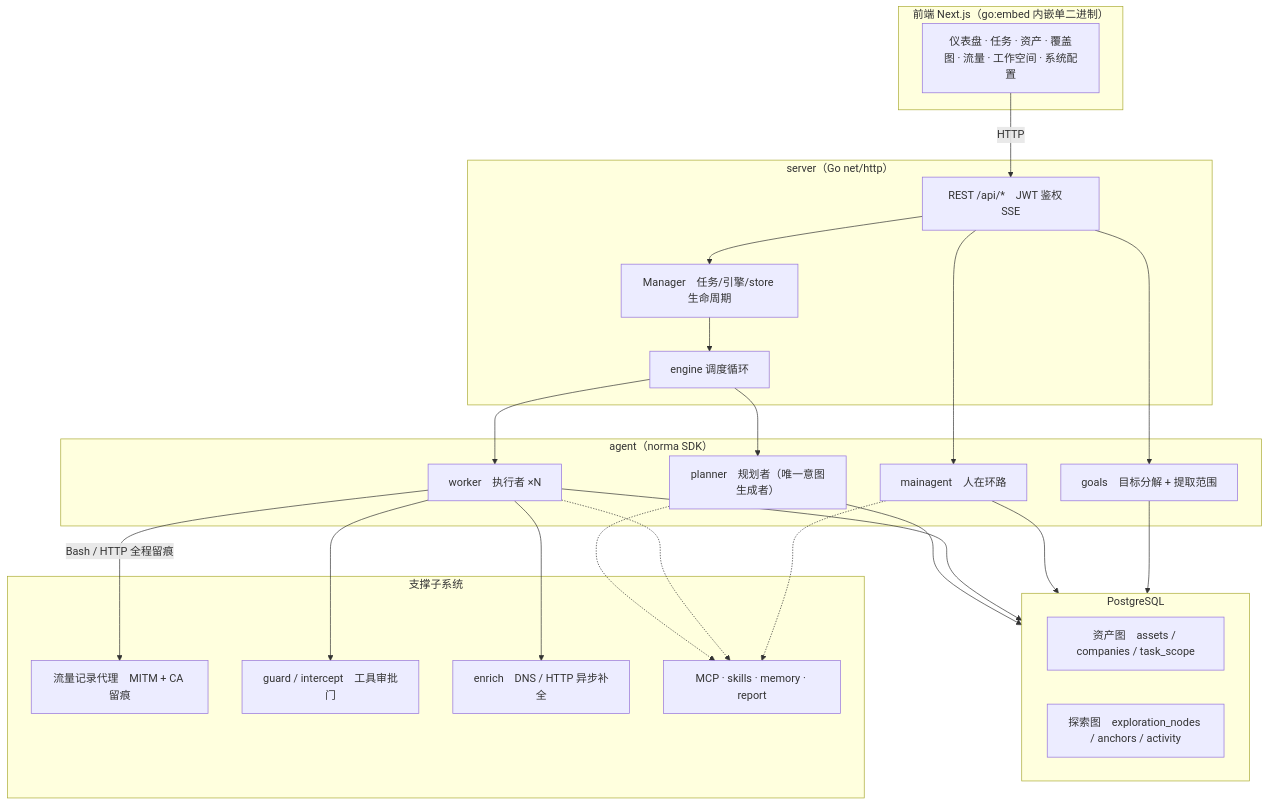
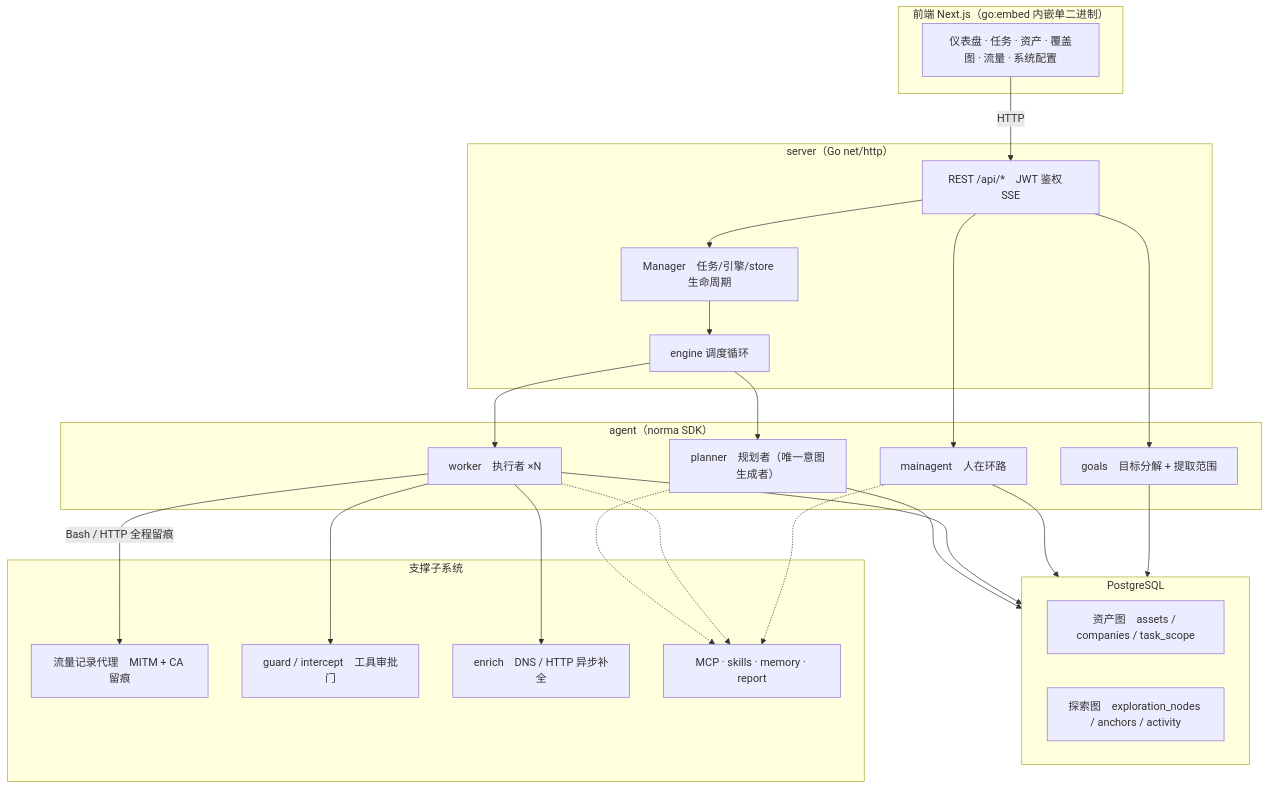
The first of 5 diagrams in README.md (neouks/series), drawn with Mermaid before and after one commit. The commit also changed other lines of this file and 343 other files, not shown here.

````diff
--- a/README.md
+++ b/README.md
@@ -288,44 +280,44 @@
 ```mermaid
 flowchart TB
   subgraph FE["前端 Next.js（go:embed 内嵌单二进制）"]
-    UI["仪表盘 · 任务 · 资产 · 覆盖图 · 流量 · 工作空间 · 系统配置"]
+    UI["仪表盘 · 任务 · 资产 · 覆盖图 · 流量 · 系统配置"]
   end
   subgraph SRV["server（Go net/http）"]
     API["REST /api/*　JWT 鉴权　SSE"]
     ENG["engine 调度循环"]
     MGR["Manager　任务/引擎/store 生命周期"]
   end
   subgraph AG["agent（norma SDK）"]
     GO["goals　目标分解 + 提取范围"]
     PL["planner　规划者（唯一意图生成者）"]
     WK["worker　执行者 ×N"]
     MA["mainagent　人在环路"]
   end
   subgraph DB["PostgreSQL"]
     AGRAPH["资产图　assets / companies / task_scope"]
     EGRAPH["探索图　exploration_nodes / anchors / activity"]
   end
   subgraph SUB["支撑子系统"]
     PROXY["流量记录代理　MITM + CA 留痕"]
     GUARD["guard / intercept　工具审批门"]
     ENR["enrich　DNS / HTTP 异步补全"]
     EXT["MCP · skills · memory · report"]
   end
 
   UI -->|HTTP| API
   API --> MGR --> ENG
   ENG --> PL
   ENG --> WK
   API --> MA
   API --> GO
   PL --> DB
   WK --> DB
   MA --> DB
   GO --> DB
   WK -->|"Bash / HTTP 全程留痕"| PROXY
   WK --> GUARD
   WK --> ENR
   PL -.-> EXT
   WK -.-> EXT
   MA -.-> EXT
 ```
````
